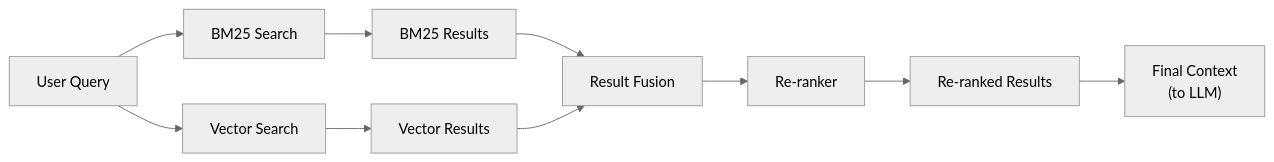
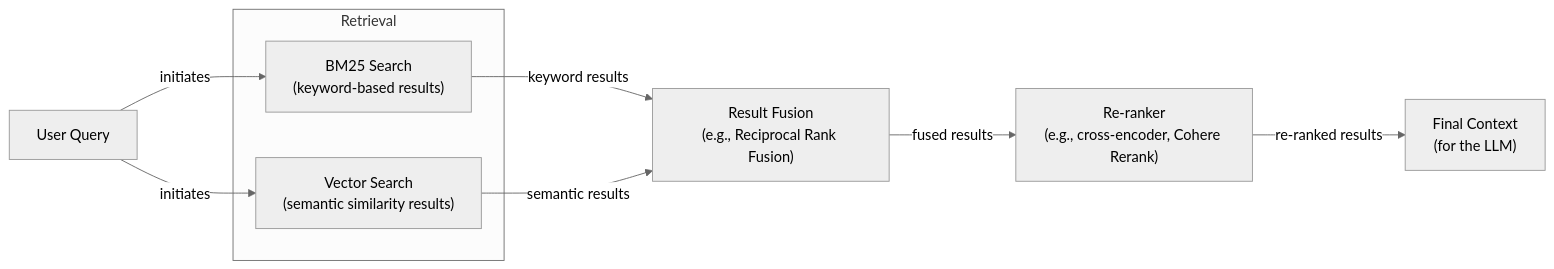
The third of 4 diagrams in RL_researcher_writer_ymaxing/rl_training_data/noise_experiment/09_RAG__var_standard__replicate2__preset1/article_000.md (YMaXing/Research-Agent-reinforced-by-RL), drawn with Mermaid (neutral theme) before and after one commit. The commit also changed other lines of this file and 4528 other files, not shown here.

````diff
--- a/RL_researcher_writer_ymaxing/rl_training_data/noise_experiment/09_RAG__var_standard__replicate2__preset1/article_000.md
+++ b/RL_researcher_writer_ymaxing/rl_training_data/noise_experiment/09_RAG__var_standard__replicate2__preset1/article_000.md
@@ -98,15 +121,26 @@
 ```mermaid
 flowchart LR
-  A["User Query"] --> B["BM25 Search"]
-  A["User Query"] --> C["Vector Search"]
+  %% Input
+  A["User Query"]
 
-  B --> D["BM25 Results"]
-  C --> E["Vector Results"]
+  %% Parallel Retrieval Paths
+  subgraph "Retrieval"
+    B["BM25 Search<br/>(keyword-based results)"]
+    C["Vector Search<br/>(semantic similarity results)"]
+  end
 
-  D --> F["Result Fusion"]
-  E --> F
+  %% Result Processing
+  D["Result Fusion<br/>(e.g., Reciprocal Rank Fusion)"]
+  E["Re-ranker<br/>(e.g., cross-encoder, Cohere Rerank)"]
 
-  F --> G["Re-ranker"]
-  G --> H["Re-ranked Results"]
-  H --> I["Final Context<br/>(to LLM)"]
+  %% Final Output
+  F["Final Context<br/>(for the LLM)"]
+
+  %% Flow
+  A -- "initiates" --> B
+  A -- "initiates" --> C
+  B -- "keyword results" --> D
+  C -- "semantic results" --> D
+  D -- "fused results" --> E
+  E -- "re-ranked results" --> F
 ```
````
